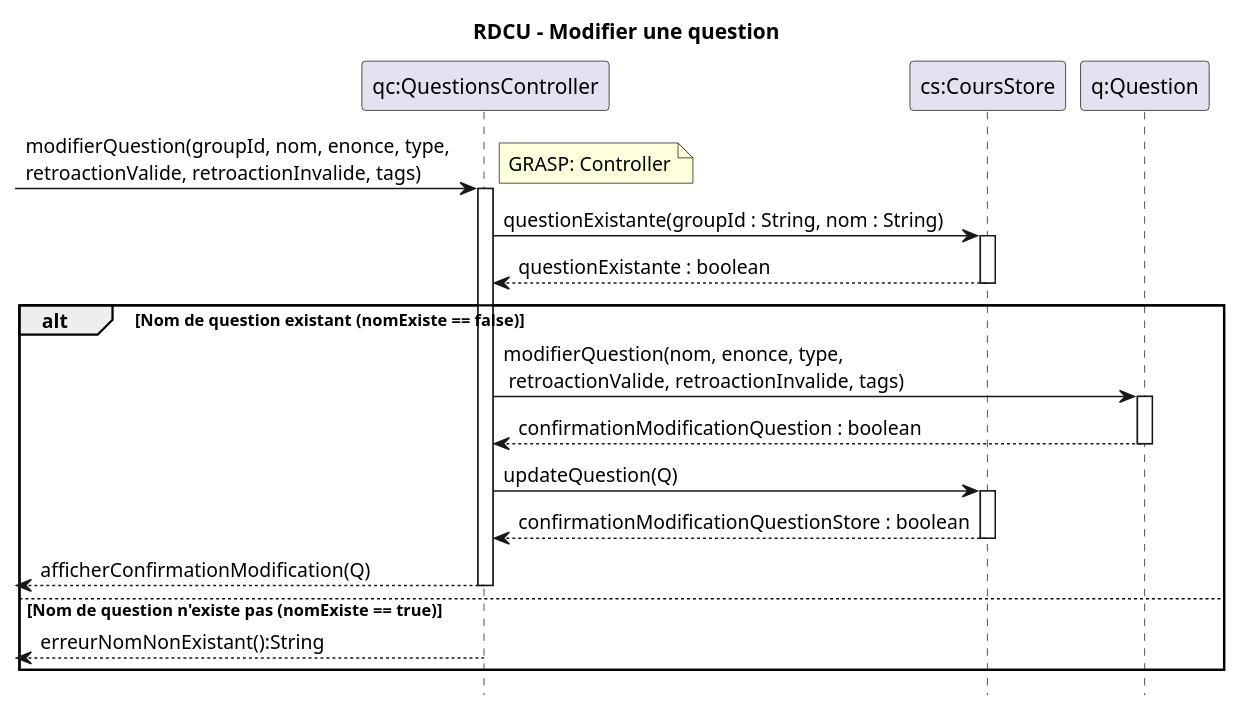
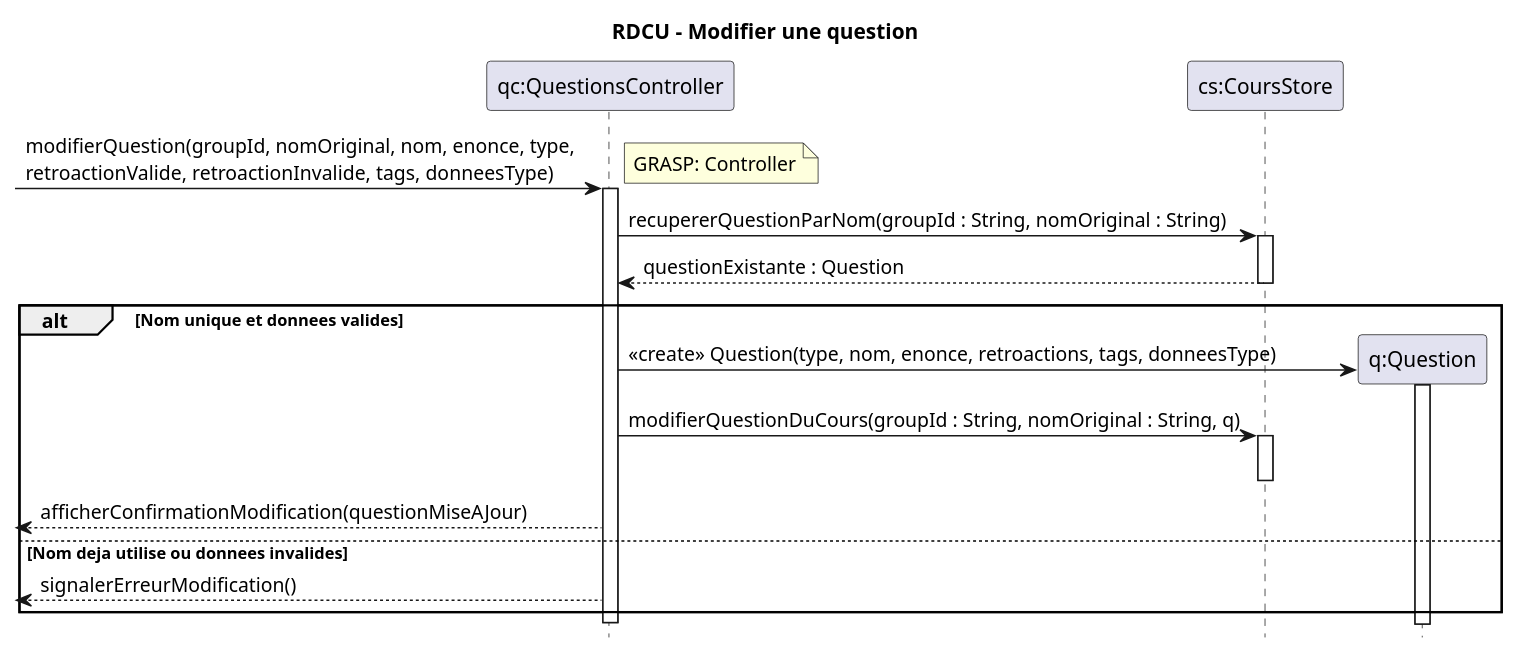
Before and after one commit to xMrYahya/moodle-clone: the diagram in docs/modeles/cu02/rdcu-modifier-question.puml, drawn with PlantUML. The commit also changed 12 other files, not shown here.

```diff
--- a/docs/modeles/cu02/rdcu-modifier-question.puml
+++ b/docs/modeles/cu02/rdcu-modifier-question.puml
@@ -1,37 +1,35 @@
 @startuml
 hide footbox
 title RDCU – Modifier une question
 
 participant "qc:QuestionsController" as QC
 participant "cs:CoursStore" as CS
 participant "q:Question" as Q
 
--> QC : modifierQuestion(groupId, nom, enonce, type,\nretroactionValide, retroactionInvalide, tags)
+-> QC : modifierQuestion(groupId, nomOriginal, nom, enonce, type,\nretroactionValide, retroactionInvalide, tags, donneesType)
 note right: GRASP: Controller
 activate QC
 
-QC -> CS : questionExistante(groupId : String, nom : String)
+QC -> CS : recupererQuestionParNom(groupId : String, nomOriginal : String)
 activate CS
-CS --> QC : questionExistante : boolean
+CS --> QC : questionExistante : Question
 deactivate CS
 
-alt Nom de question existant (nomExiste == false)
-  QC -> Q : modifierQuestion(nom, enonce, type,\n retroactionValide, retroactionInvalide, tags)
+alt Nom unique et donnees valides
+  create Q
+  QC -> Q : <<create>> Question(type, nom, enonce, retroactions, tags, donneesType)
   activate Q
-  Q --> QC : confirmationModificationQuestion : boolean
   deactivate Q
 
-  QC -> CS : updateQuestion(Q)
+  QC -> CS : modifierQuestionDuCours(groupId : String, nomOriginal : String, q)
   activate CS
-  CS --> QC : confirmationModificationQuestionStore : boolean
   deactivate CS
 
-  <-- QC : afficherConfirmationModification(Q)
-  deactivate QC
-
-else Nom de question n'existe pas (nomExiste == true)
-  <-- QC : erreurNomNonExistant():String
-  deactivate QC
+  <-- QC : afficherConfirmationModification(questionMiseAJour)
+else Nom deja utilise ou donnees invalides
+  <-- QC : signalerErreurModification()
 end
 
+deactivate QC
+
 @enduml
```
